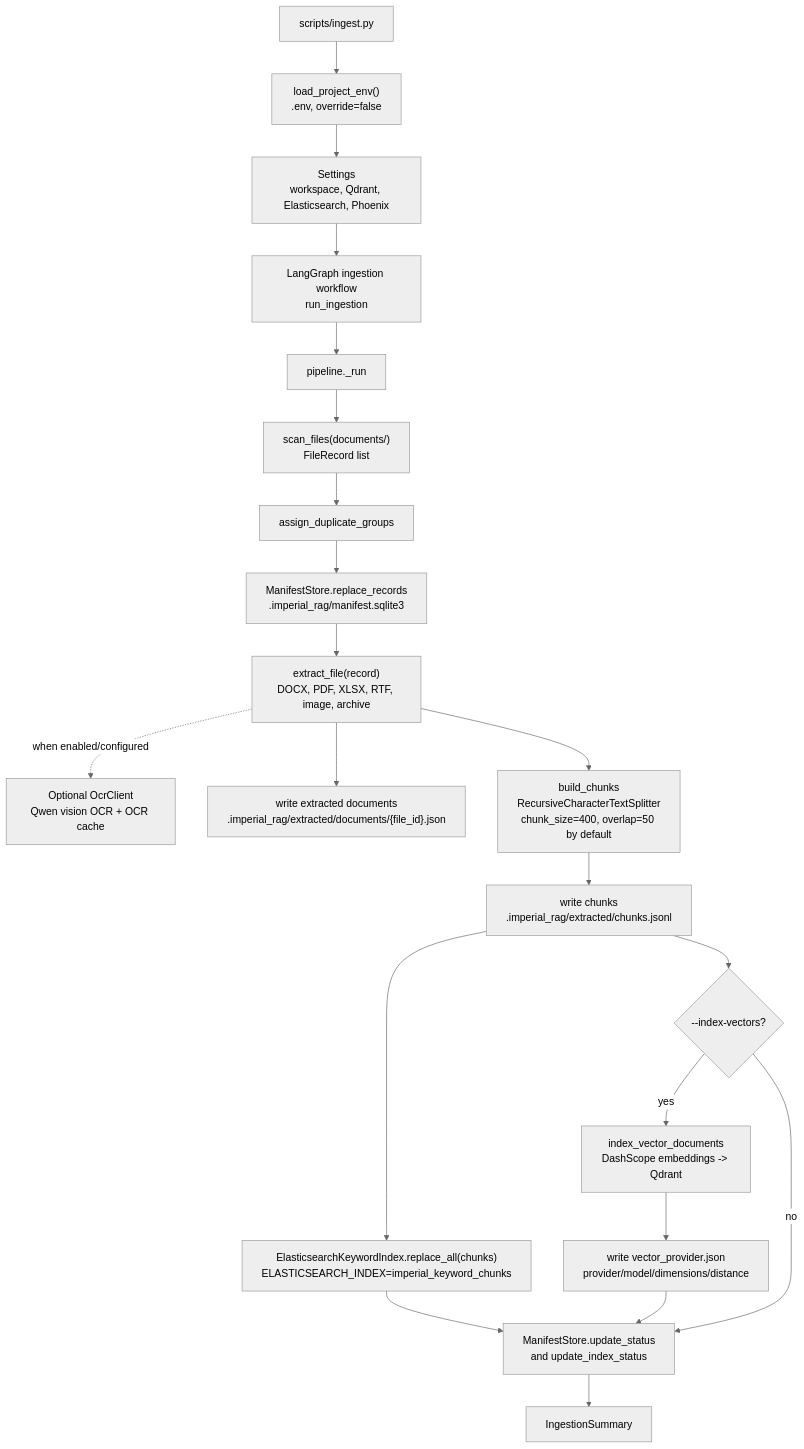
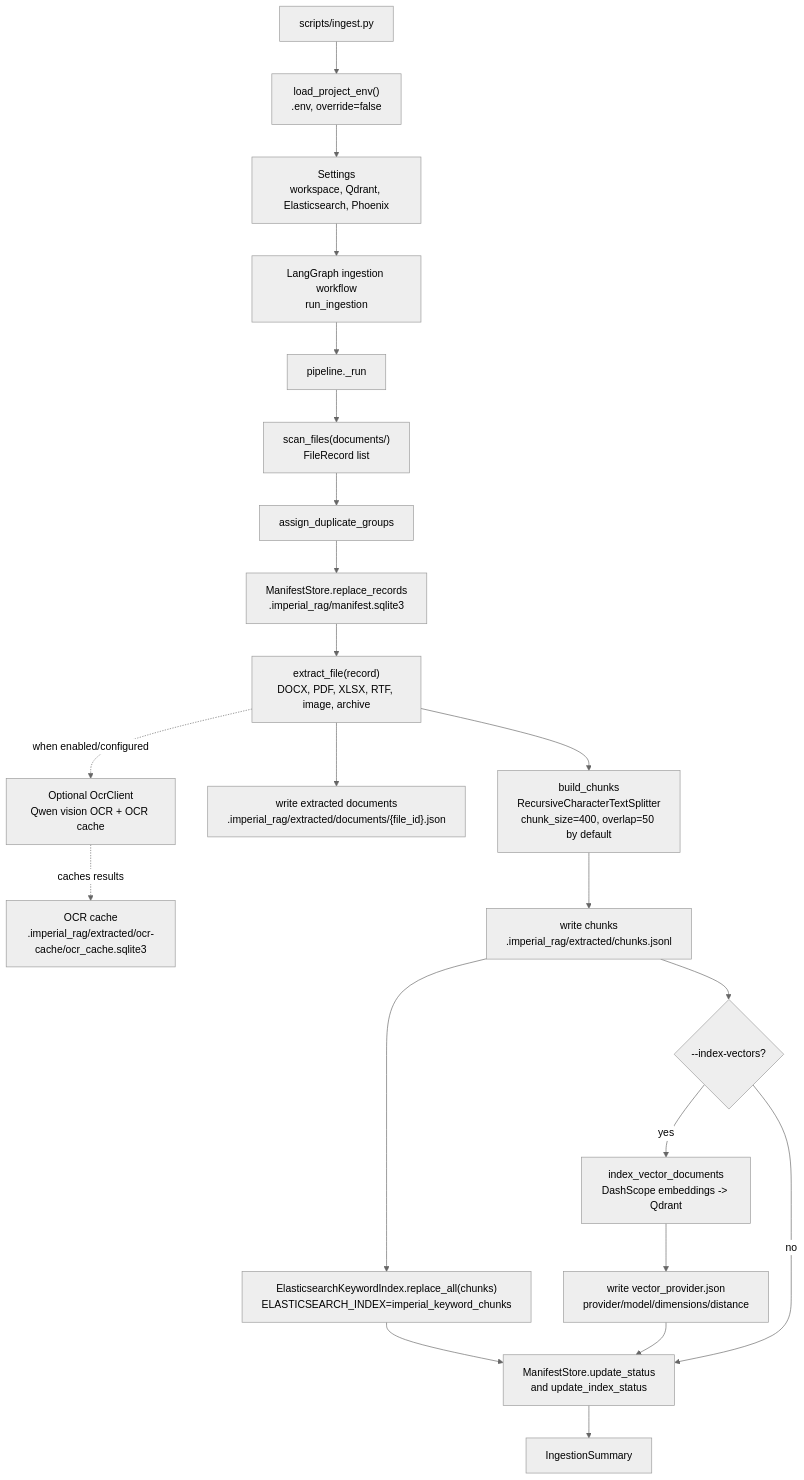
The first of 3 diagrams in docs/rag-pipeline-schema.md (danil123zxc/imperial), drawn with Mermaid (neutral theme) before and after one commit. The commit also changed other lines of this file and 2 other files, not shown here.

Commit message:
docs: refresh Imperial RAG documentation

````diff
--- a/docs/rag-pipeline-schema.md
+++ b/docs/rag-pipeline-schema.md
@@ -22,37 +23,39 @@
 ```mermaid
 flowchart TD
     ingest_cli["scripts/ingest.py"]
     load_env["load_project_env()\n.env, override=false"]
     settings["Settings\nworkspace, Qdrant, Elasticsearch, Phoenix"]
     workflow["LangGraph ingestion workflow\nrun_ingestion"]
     pipeline["pipeline._run"]
 
     scan["scan_files(documents/)\nFileRecord list"]
     dupes["assign_duplicate_groups"]
     manifest_replace["ManifestStore.replace_records\n.imperial_rag/manifest.sqlite3"]
     extract["extract_file(record)\nDOCX, PDF, XLSX, RTF, image, archive"]
     ocr["Optional OcrClient\nQwen vision OCR + OCR cache"]
+    ocr_cache["OCR cache\n.imperial_rag/extracted/ocr-cache/ocr_cache.sqlite3"]
     extracted_json["write extracted documents\n.imperial_rag/extracted/documents/{file_id}.json"]
     chunk["build_chunks\nRecursiveCharacterTextSplitter\nchunk_size=400, overlap=50 by default"]
     chunks_jsonl["write chunks\n.imperial_rag/extracted/chunks.jsonl"]
     keyword["ElasticsearchKeywordIndex.replace_all(chunks)\nELASTICSEARCH_INDEX=imperial_keyword_chunks"]
     vector_gate{"--index-vectors?"}
     qdrant["index_vector_documents\nDashScope embeddings -> Qdrant"]
     vector_marker["write vector_provider.json\nprovider/model/dimensions/distance"]
     status["ManifestStore.update_status\nand update_index_status"]
     summary["IngestionSummary"]
 
     ingest_cli --> load_env --> settings --> workflow --> pipeline
     pipeline --> scan --> dupes --> manifest_replace
     manifest_replace --> extract
     extract -. when enabled/configured .-> ocr
+    ocr -. caches results .-> ocr_cache
     extract --> extracted_json
     extract --> chunk --> chunks_jsonl
     chunks_jsonl --> keyword
     chunks_jsonl --> vector_gate
     vector_gate -- yes --> qdrant --> vector_marker
     vector_gate -- no --> status
     keyword --> status
     vector_marker --> status
     status --> summary
 ```
````
